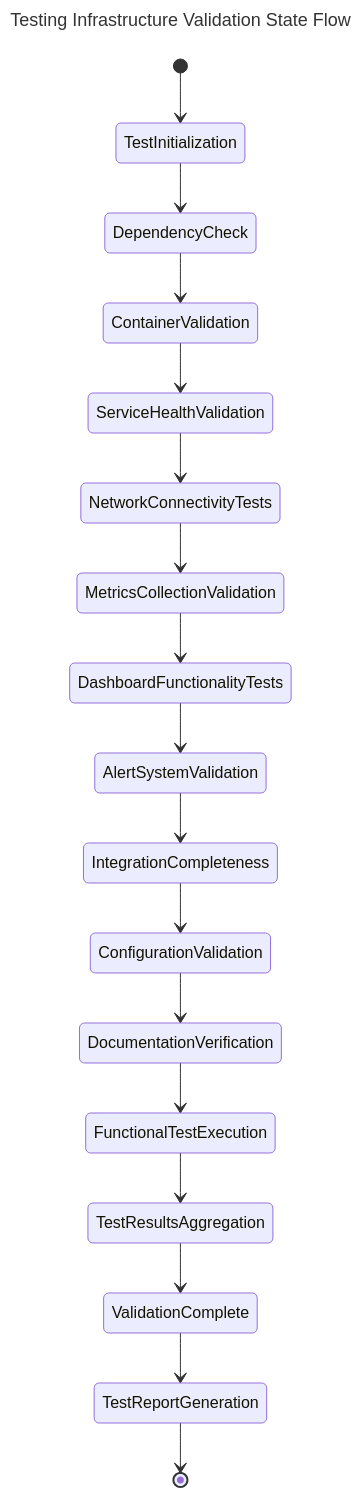
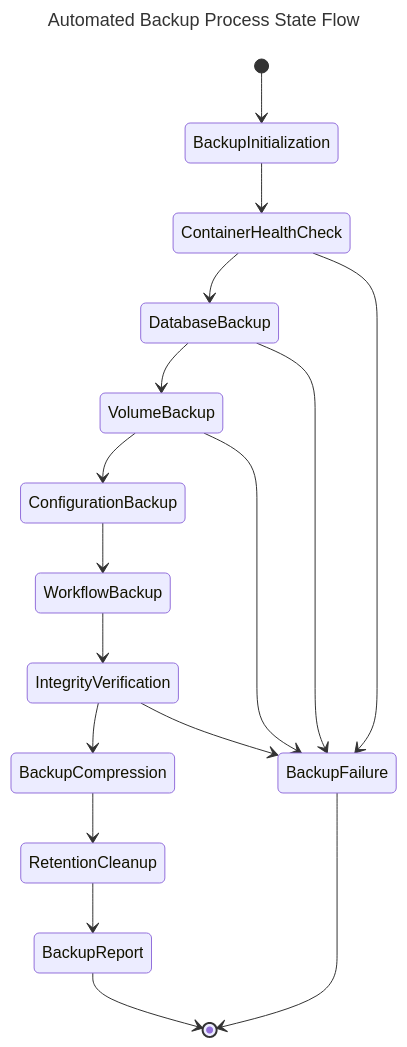
Before and after one commit to RustedVikingOG/n8n_docker_stack: diagram 29 of 32 in docs/designs/use_cases.md, drawn with Mermaid. The commit also changed other lines of this file and 2 other files, not shown here.

````diff
--- a/docs/designs/use_cases.md
+++ b/docs/designs/use_cases.md
@@ -1595,22 +1181,23 @@
 ```mermaid
 ---
-title: Testing Infrastructure Validation State Flow
+title: Automated Backup Process State Flow
 ---
 stateDiagram-v2
-    [*] --> TestInitialization
-    TestInitialization --> DependencyCheck
-    DependencyCheck --> ContainerValidation
-    ContainerValidation --> ServiceHealthValidation
-    ServiceHealthValidation --> NetworkConnectivityTests
-    NetworkConnectivityTests --> MetricsCollectionValidation
-    MetricsCollectionValidation --> DashboardFunctionalityTests
-    DashboardFunctionalityTests --> AlertSystemValidation
-    AlertSystemValidation --> IntegrationCompleteness
-    IntegrationCompleteness --> ConfigurationValidation
-    ConfigurationValidation --> DocumentationVerification
-    DocumentationVerification --> FunctionalTestExecution
-    FunctionalTestExecution --> TestResultsAggregation
-    TestResultsAggregation --> ValidationComplete
-    ValidationComplete --> TestReportGeneration
-    TestReportGeneration --> [*]
+    [*] --> BackupInitialization
+    BackupInitialization --> ContainerHealthCheck
+    ContainerHealthCheck --> DatabaseBackup
+    DatabaseBackup --> VolumeBackup
+    VolumeBackup --> ConfigurationBackup
+    ConfigurationBackup --> WorkflowBackup
+    WorkflowBackup --> IntegrityVerification
+    IntegrityVerification --> BackupCompression
+    BackupCompression --> RetentionCleanup
+    RetentionCleanup --> BackupReport
+    BackupReport --> [*]
+    
+    ContainerHealthCheck --> BackupFailure
+    DatabaseBackup --> BackupFailure
+    VolumeBackup --> BackupFailure
+    IntegrityVerification --> BackupFailure
+    BackupFailure --> [*]
 ```
````
